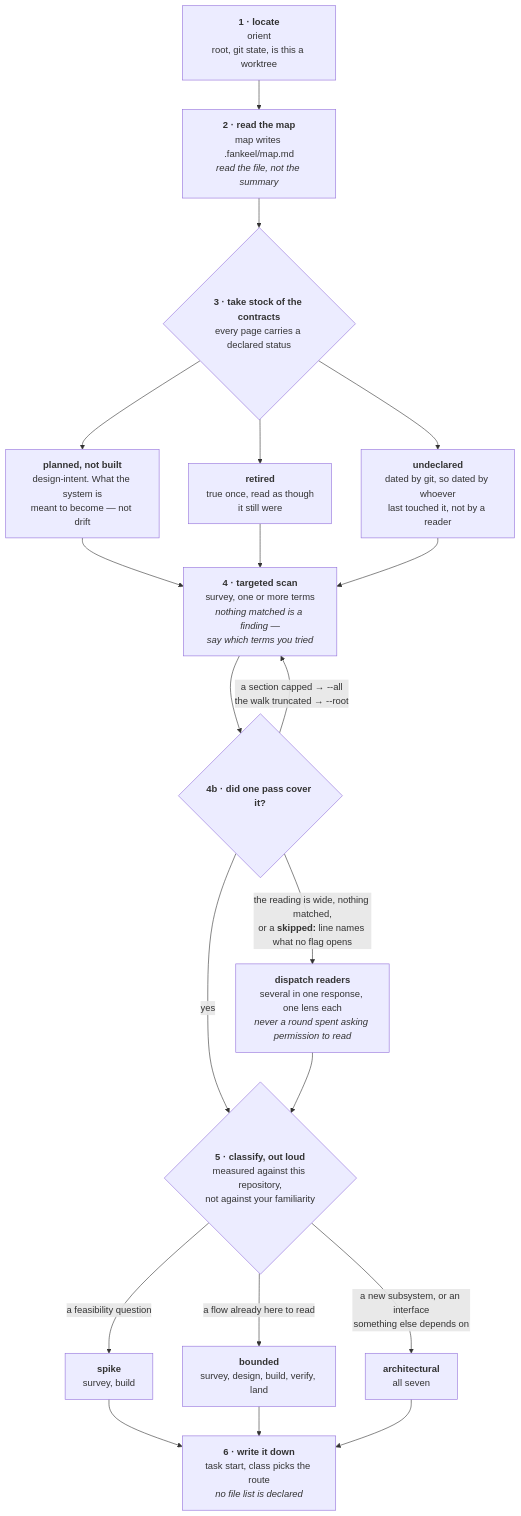
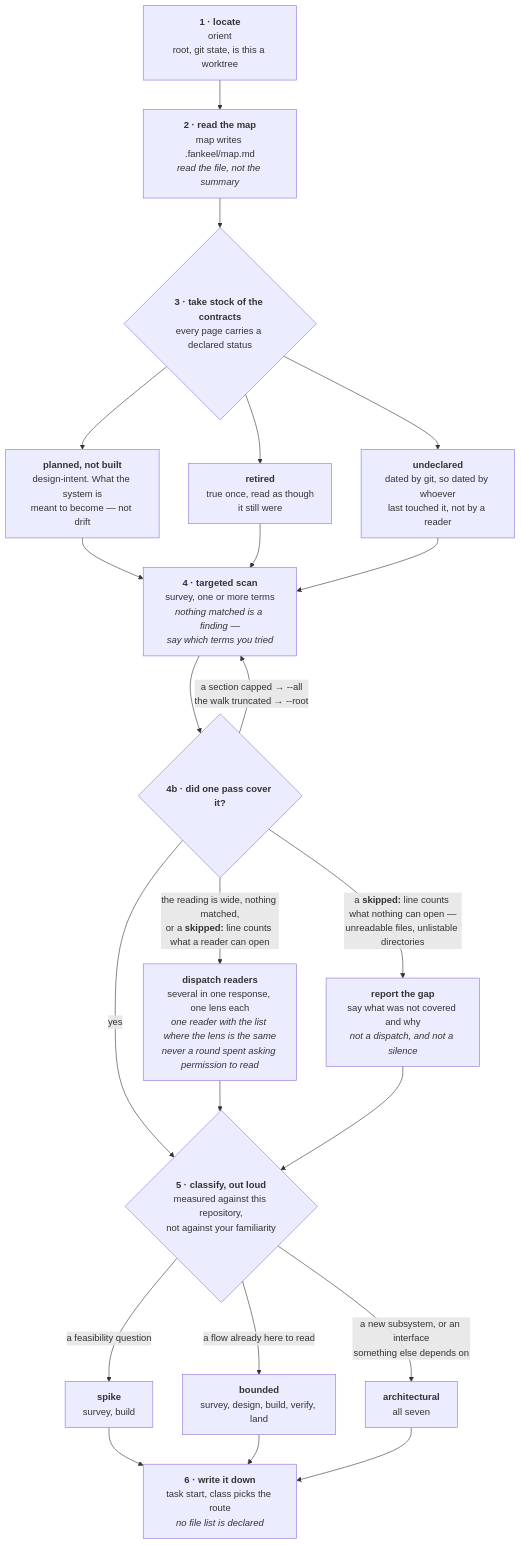
One commit to FanFantom9452/FanKeel changed the first of 8 diagrams in docs/pipeline.md. Above: the diagram before and after it, drawn with Mermaid. The commit also changed 10 other files, not shown here.

````diff
--- a/docs/pipeline.md
+++ b/docs/pipeline.md
@@ -296,36 +296,39 @@
 ```mermaid
 flowchart TD
     A["<b>1 · locate</b><br/>orient<br/>root, git state, is this a worktree"]
     B["<b>2 · read the map</b><br/>map writes .fankeel/map.md<br/><i>read the file, not the summary</i>"]
     C{"<b>3 · take stock of the contracts</b><br/>every page carries a declared status"}
     C1["<b>planned, not built</b><br/>design-intent. What the system is<br/>meant to become — not drift"]
     C2["<b>retired</b><br/>true once, read as though<br/>it still were"]
     C3["<b>undeclared</b><br/>dated by git, so dated by whoever<br/>last touched it, not by a reader"]
     D["<b>4 · targeted scan</b><br/>survey, one or more terms<br/><i>nothing matched is a finding —<br/>say which terms you tried</i>"]
     D2{"<b>4b · did one pass cover it?</b>"}
-    D3["<b>dispatch readers</b><br/>several in one response, one lens each<br/><i>never a round spent asking permission to read</i>"]
+    D4["<b>report the gap</b><br/>say what was not covered and why<br/><i>not a dispatch, and not a silence</i>"]
+    D3["<b>dispatch readers</b><br/>several in one response, one lens each<br/><i>one reader with the list where the lens is the same</i><br/><i>never a round spent asking permission to read</i>"]
     E{"<b>5 · classify, out loud</b><br/>measured against this repository,<br/>not against your familiarity"}
     E1["<b>spike</b><br/>survey, build"]
     E2["<b>bounded</b><br/>survey, design, build, verify, land"]
     E3["<b>architectural</b><br/>all seven"]
     F["<b>6 · write it down</b><br/>task start, class picks the route<br/><i>no file list is declared</i>"]
 
     A --> B --> C
     C --> C1
     C --> C2
     C --> C3
     C1 --> D
     C2 --> D
     C3 --> D
     D --> D2
     D2 -- "a section capped → --all<br/>the walk truncated → --root" --> D
-    D2 -- "the reading is wide, nothing matched,<br/>or a <b>skipped:</b> line names what no flag opens" --> D3
+    D2 -- "the reading is wide, nothing matched,<br/>or a <b>skipped:</b> line counts what a reader can open" --> D3
+    D2 -- "a <b>skipped:</b> line counts what nothing can open —<br/>unreadable files, unlistable directories" --> D4
     D2 -- yes --> E
     D3 --> E
+    D4 --> E
     E -- "a feasibility question" --> E1
     E -- "a flow already here to read" --> E2
     E -- "a new subsystem, or an interface<br/>something else depends on" --> E3
     E1 --> F
     E2 --> F
     E3 --> F
 ```
````
